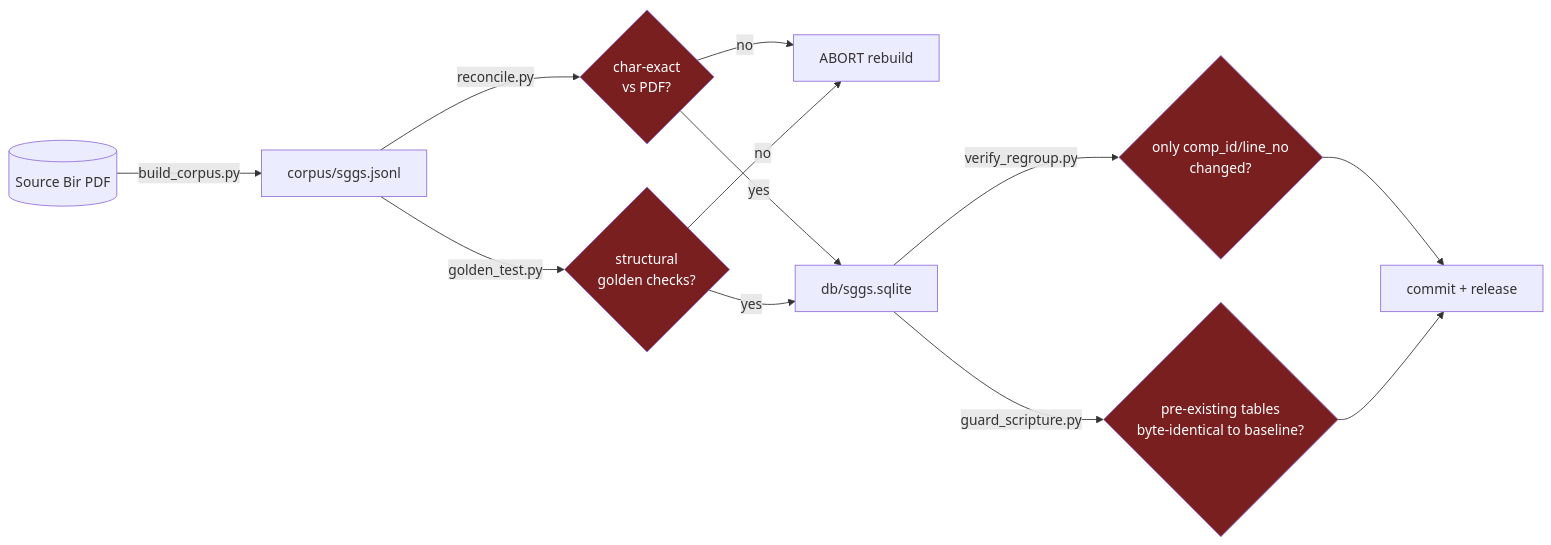
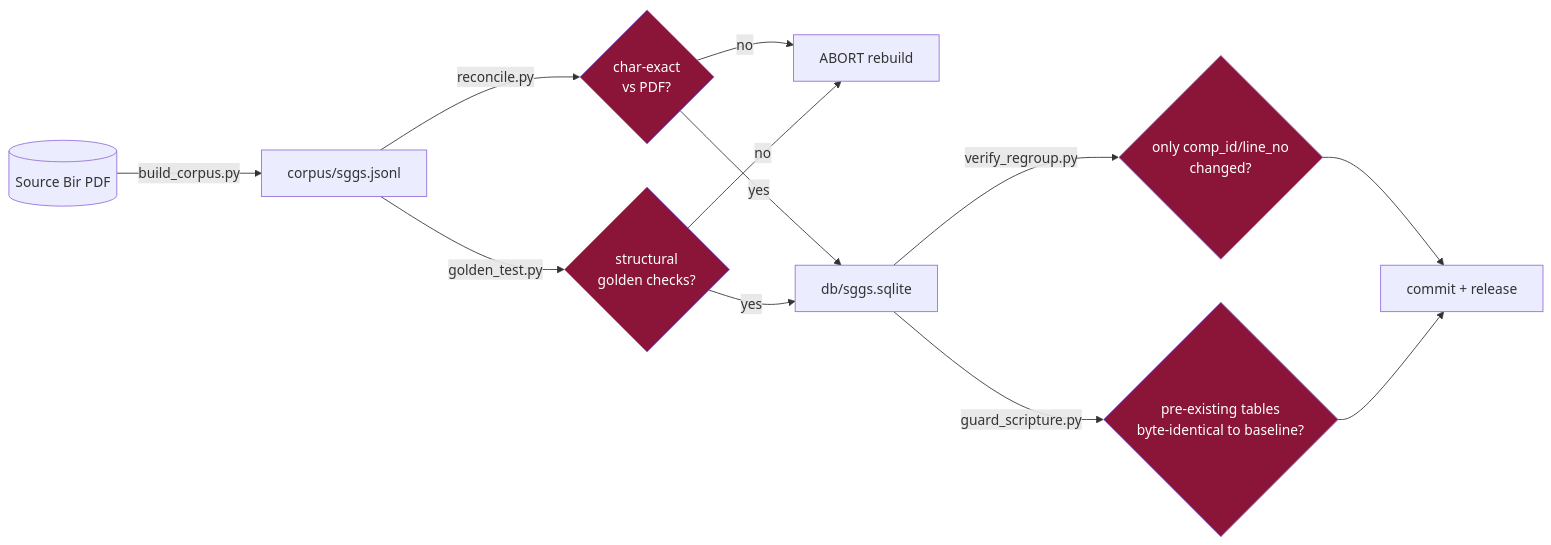
Before and after one commit to Algorythmos-AI/sggs-data: the diagram in docs/architecture/scripture-integrity.md, drawn with Mermaid. The commit also changed 3 other files, not shown here.

Commit message:
docs: the comp_id counts on the schema page match the database, and a test holds them there (#11)

````diff
--- a/docs/architecture/scripture-integrity.md
+++ b/docs/architecture/scripture-integrity.md
@@ -9,16 +9,18 @@
 ```mermaid
 flowchart LR
+    accTitle: The guarantee chain
+    accDescr: The corpus is built from the source PDF, must reconcile character for character and pass the golden checks or the rebuild aborts; the database then must pass the regroup and scripture-guard checks before a commit and release.
     pdf[(Source Bir PDF)] -->|build_corpus.py| corpus[corpus/sggs.jsonl]
     corpus -->|reconcile.py| g1{char-exact<br/>vs PDF?}
     corpus -->|golden_test.py| g2{structural<br/>golden checks?}
     g1 -->|no| stop[ABORT rebuild]
     g2 -->|no| stop
     g1 -->|yes| db[db/sggs.sqlite]
     g2 -->|yes| db
     db -->|verify_regroup.py| g3{only comp_id/line_no<br/>changed?}
     db -->|guard_scripture.py| g4{pre-existing tables<br/>byte-identical to baseline?}
     g3 --> ok[commit + release]
     g4 --> ok
-    classDef gate fill:#7a1f1f,color:#fff;
+    classDef gate fill:#8A1538,color:#FFFFFF;
     class g1,g2,g3,g4 gate;
 ```
````
